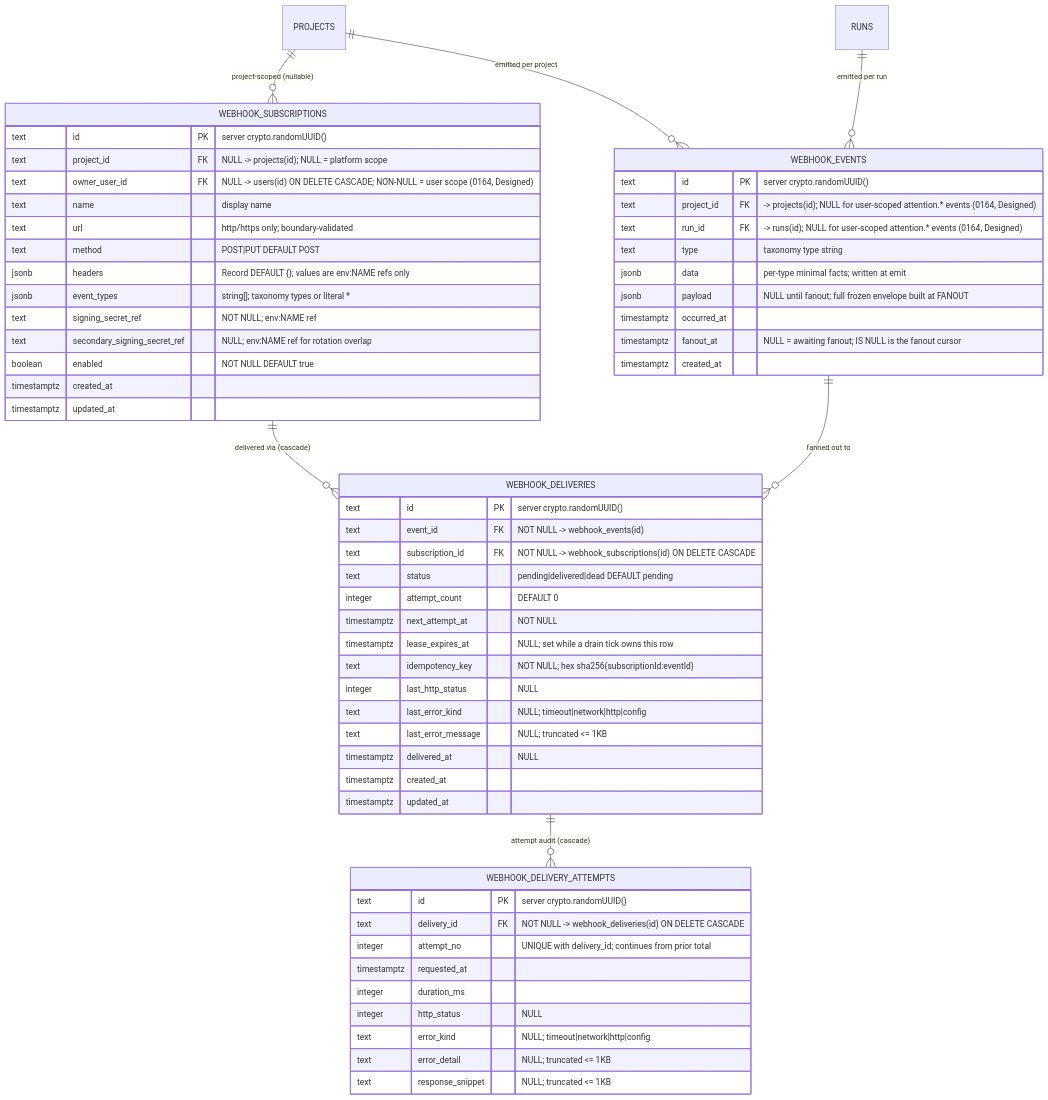
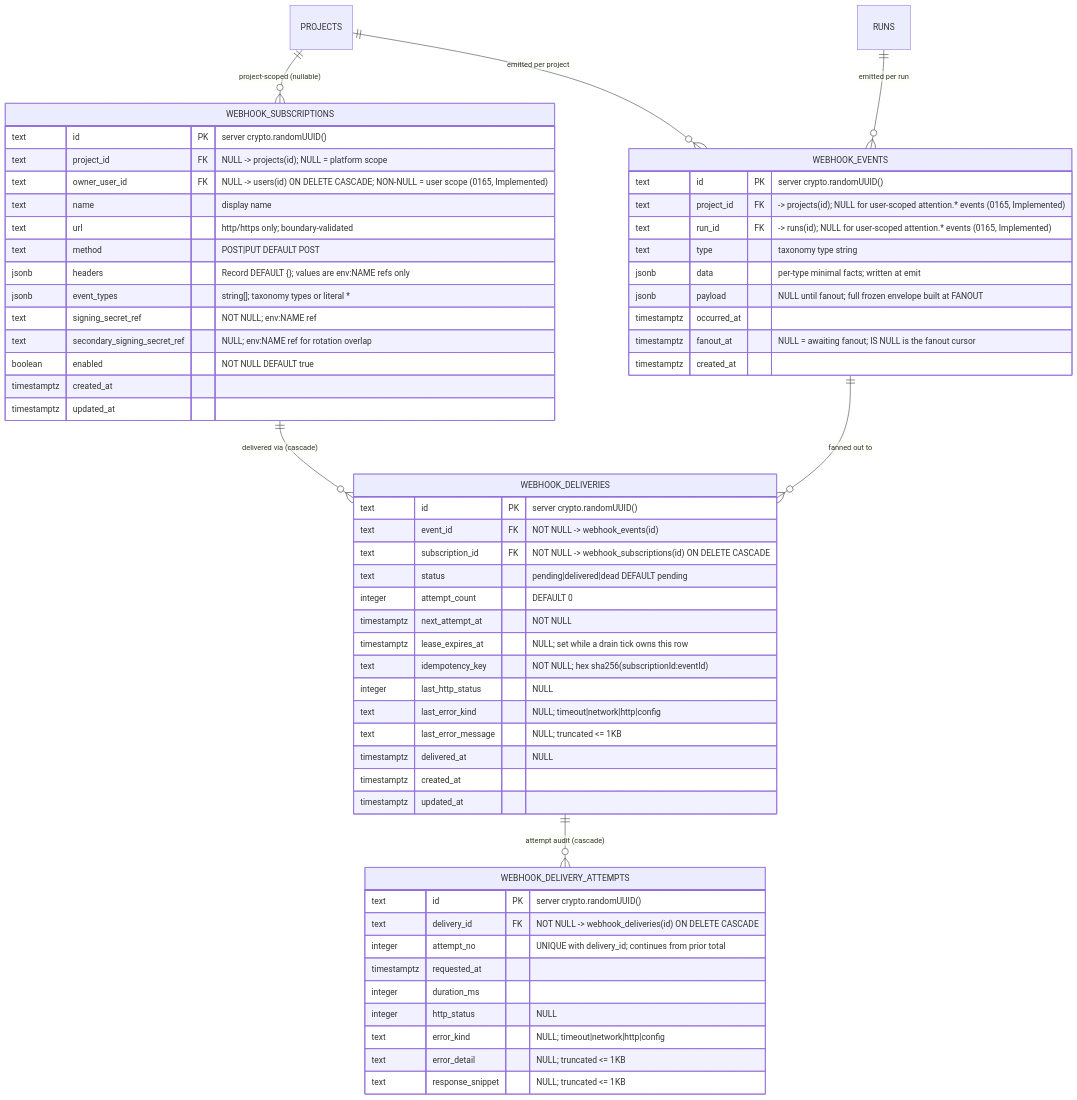
Before and after one commit to maister-dev/maister: the diagram in docs/db/webhooks.md, drawn with Mermaid. The commit also changed other lines of this file and 28 other files, not shown here.

````diff
--- a/docs/db/webhooks.md
+++ b/docs/db/webhooks.md
@@ -43,66 +43,66 @@
 ```mermaid
 erDiagram
     PROJECTS ||--o{ WEBHOOK_SUBSCRIPTIONS : "project-scoped (nullable)"
     PROJECTS ||--o{ WEBHOOK_EVENTS : "emitted per project"
     RUNS ||--o{ WEBHOOK_EVENTS : "emitted per run"
     WEBHOOK_EVENTS ||--o{ WEBHOOK_DELIVERIES : "fanned out to"
     WEBHOOK_SUBSCRIPTIONS ||--o{ WEBHOOK_DELIVERIES : "delivered via (cascade)"
     WEBHOOK_DELIVERIES ||--o{ WEBHOOK_DELIVERY_ATTEMPTS : "attempt audit (cascade)"
 
     WEBHOOK_SUBSCRIPTIONS {
         text id PK "server crypto.randomUUID()"
         text project_id FK "NULL -> projects(id); NULL = platform scope"
-        text owner_user_id FK "NULL -> users(id) ON DELETE CASCADE; NON-NULL = user scope (0164, Designed)"
+        text owner_user_id FK "NULL -> users(id) ON DELETE CASCADE; NON-NULL = user scope (0165, Implemented)"
         text name "display name"
         text url "http/https only; boundary-validated"
         text method "POST|PUT DEFAULT POST"
         jsonb headers "Record<string,string> DEFAULT {}; values are env:NAME refs only"
         jsonb event_types "string[]; taxonomy types or literal *"
         text signing_secret_ref "NOT NULL; env:NAME ref"
         text secondary_signing_secret_ref "NULL; env:NAME ref for rotation overlap"
         boolean enabled "NOT NULL DEFAULT true"
         timestamptz created_at
         timestamptz updated_at
     }
 
     WEBHOOK_EVENTS {
         text id PK "server crypto.randomUUID()"
-        text project_id FK "-> projects(id); NULL for user-scoped attention.* events (0164, Designed)"
-        text run_id FK "-> runs(id); NULL for user-scoped attention.* events (0164, Designed)"
+        text project_id FK "-> projects(id); NULL for user-scoped attention.* events (0165, Implemented)"
+        text run_id FK "-> runs(id); NULL for user-scoped attention.* events (0165, Implemented)"
         text type "taxonomy type string"
         jsonb data "per-type minimal facts; written at emit"
         jsonb payload "NULL until fanout; full frozen envelope built at FANOUT"
         timestamptz occurred_at
         timestamptz fanout_at "NULL = awaiting fanout; IS NULL is the fanout cursor"
         timestamptz created_at
     }
 
     WEBHOOK_DELIVERIES {
         text id PK "server crypto.randomUUID()"
         text event_id FK "NOT NULL -> webhook_events(id)"
         text subscription_id FK "NOT NULL -> webhook_subscriptions(id) ON DELETE CASCADE"
         text status "pending|delivered|dead DEFAULT pending"
         integer attempt_count "DEFAULT 0"
         timestamptz next_attempt_at "NOT NULL"
         timestamptz lease_expires_at "NULL; set while a drain tick owns this row"
         text idempotency_key "NOT NULL; hex sha256(subscriptionId:eventId)"
         integer last_http_status "NULL"
         text last_error_kind "NULL; timeout|network|http|config"
         text last_error_message "NULL; truncated <= 1KB"
         timestamptz delivered_at "NULL"
         timestamptz created_at
         timestamptz updated_at
     }
 
     WEBHOOK_DELIVERY_ATTEMPTS {
         text id PK "server crypto.randomUUID()"
         text delivery_id FK "NOT NULL -> webhook_deliveries(id) ON DELETE CASCADE"
         integer attempt_no "UNIQUE with delivery_id; continues from prior total"
         timestamptz requested_at
         integer duration_ms
         integer http_status "NULL"
         text error_kind "NULL; timeout|network|http|config"
         text error_detail "NULL; truncated <= 1KB"
         text response_snippet "NULL; truncated <= 1KB"
     }
 ```
````
